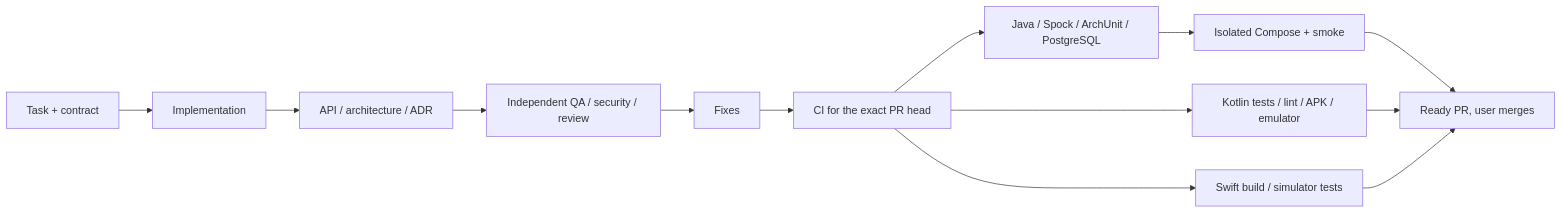
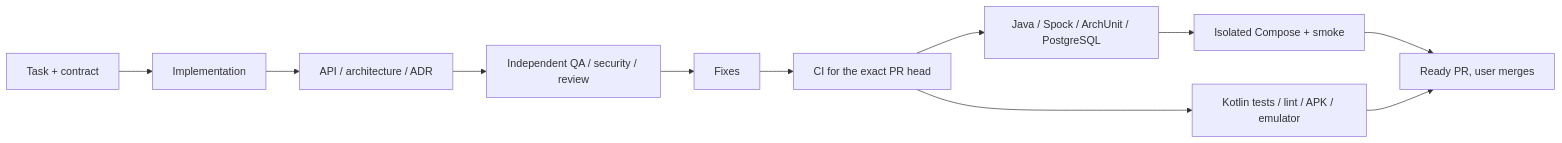
Before and after one commit to aarbabaev/ArMoney: diagram 17 of 18 in ARCHITECTURE.md, drawn with Mermaid. The commit also changed other lines of this file and 13 other files, not shown here.

````diff
--- a/ARCHITECTURE.md
+++ b/ARCHITECTURE.md
@@ -656,15 +656,13 @@
 ```mermaid
 flowchart LR
     T["Task + contract"] --> DEV["Implementation"]
     DEV --> DOC["API / architecture / ADR"]
     DOC --> REV["Independent QA / security / review"]
     REV --> FIX["Fixes"]
     FIX --> CI["CI for the exact PR head"]
     CI --> TEST["Java / Spock / ArchUnit / PostgreSQL"]
     TEST --> SMOKE["Isolated Compose + smoke"]
     SMOKE --> READY["Ready PR, user merges"]
     CI --> ANDROID["Kotlin tests / lint / APK / emulator"]
-    CI --> IOS["Swift build / simulator tests"]
     ANDROID --> READY
-    IOS --> READY
 ```
````
